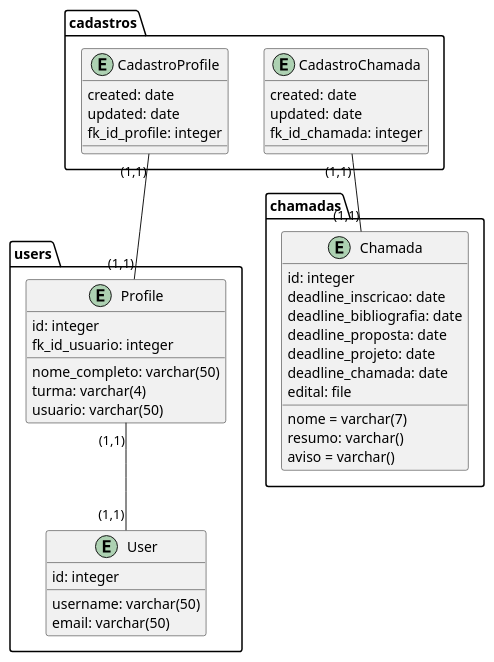
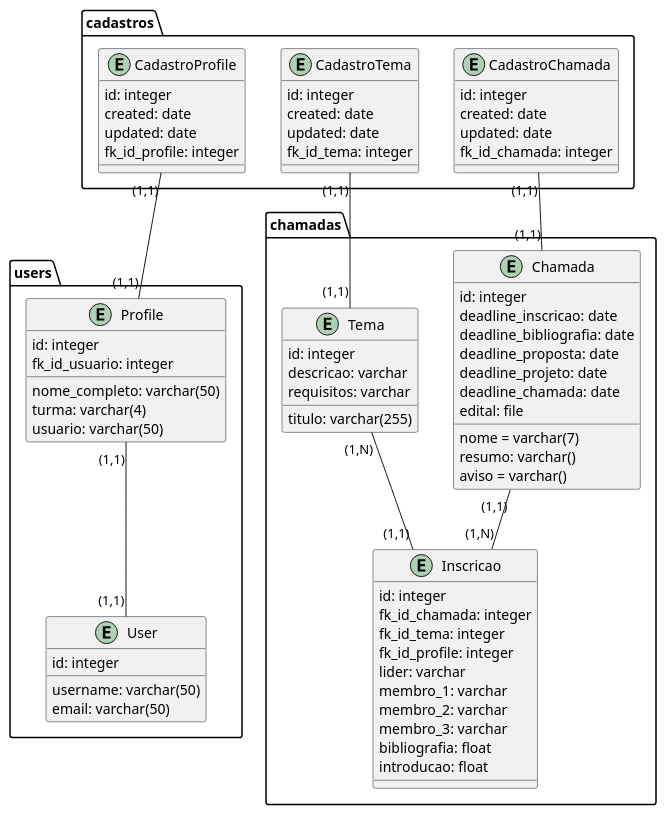
The diagram in docs/relationship_diagram.puml (flavianowilliams/progressus), drawn with PlantUML before and after one commit. The commit also changed 1 other file, not shown here.

```diff
--- a/docs/relationship_diagram.puml
+++ b/docs/relationship_diagram.puml
@@ -1,45 +1,74 @@
 @startuml PROGRESSUS
 package users{
     entity User{
         id: integer
         username: varchar(50)
         email: varchar(50)
     }
     entity Profile{
         id: integer
         nome_completo: varchar(50)
         turma: varchar(4)
         usuario: varchar(50)
         fk_id_usuario: integer
     }
     Profile "(1,1)" -- "(1,1)" User
 }
 package chamadas{
     entity Chamada{
         id: integer
         nome = varchar(7)
         deadline_inscricao: date
         deadline_bibliografia: date
         deadline_proposta: date
         deadline_projeto: date
         deadline_chamada: date
         resumo: varchar()
         edital: file
         aviso = varchar()
     }
+    entity Tema{
+        id: integer
+        titulo: varchar(255)
+        descricao: varchar
+        requisitos: varchar
+    }
+    entity Inscricao{
+        id: integer
+        fk_id_chamada: integer
+        fk_id_tema: integer
+        fk_id_profile: integer
+        lider: varchar
+        membro_1: varchar
+        membro_2: varchar
+        membro_3: varchar
+        bibliografia: float
+        introducao: float
+    }
+    Tema "(1,N)" -- "(1,1)" Inscricao
+    Chamada "(1,1)" -- "(1,N)" Inscricao
 }
 package cadastros{
     entity CadastroProfile{
+        id: integer
         created: date
         updated: date
         fk_id_profile: integer
     }
     CadastroProfile "(1,1)" -- "(1,1)" Profile
     entity CadastroChamada{
+        id: integer
         created: date
         updated: date
         fk_id_chamada: integer
     }
     CadastroChamada "(1,1)" -- "(1,1)" Chamada
+    entity CadastroTema{
+        id: integer
+        created: date
+        updated: date
+        fk_id_tema: integer
+    }
+    CadastroTema "(1,1)" -- "(1,1)" Tema
 }
 @enduml
```
